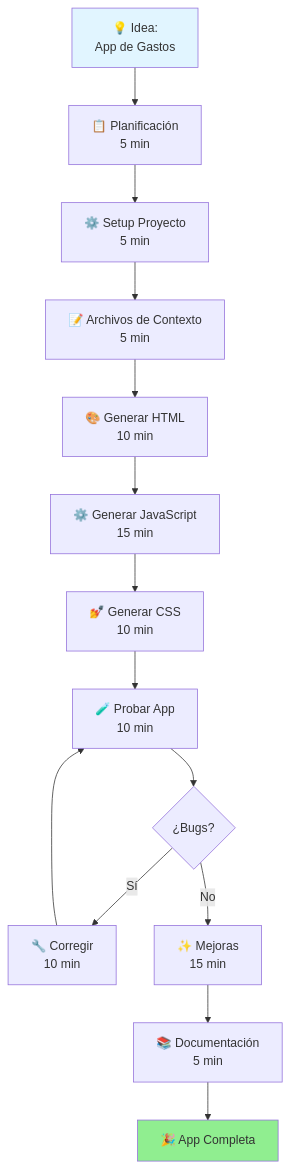
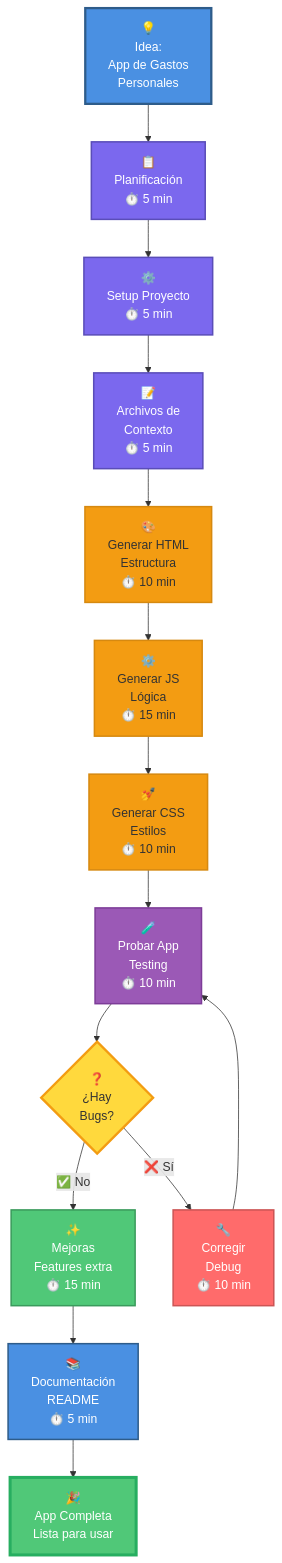
The third of 8 diagrams in courses/🟡-development/FPUNA-2026/00-FUNDAMENTOS-PRINCIPALES/05-proyecto-en-vivo.md (Ai-Whisperers/Courses-Content), drawn with Mermaid before and after one commit. The commit also changed other lines of this file and 30 other files, not shown here.

````diff
--- a/courses/🟡-development/FPUNA-2026/00-FUNDAMENTOS-PRINCIPALES/05-proyecto-en-vivo.md
+++ b/courses/🟡-development/FPUNA-2026/00-FUNDAMENTOS-PRINCIPALES/05-proyecto-en-vivo.md
@@ -127,19 +133,30 @@
 ```mermaid
 flowchart TD
-    Start[💡 Idea:<br/>App de Gastos] --> Plan[📋 Planificación<br/>5 min]
-    Plan --> Setup[⚙️ Setup Proyecto<br/>5 min]
-    Setup --> Context[📝 Archivos de Contexto<br/>5 min]
-    Context --> Gen1[🎨 Generar HTML<br/>10 min]
-    Gen1 --> Gen2[⚙️ Generar JavaScript<br/>15 min]
-    Gen2 --> Gen3[💅 Generar CSS<br/>10 min]
-    Gen3 --> Test[🧪 Probar App<br/>10 min]
-    Test --> Debug{¿Bugs?}
-    Debug -->|Sí| Fix[🔧 Corregir<br/>10 min]
-    Debug -->|No| Improve[✨ Mejoras<br/>15 min]
+    Start["💡<br/>Idea:<br/>App de Gastos<br/>Personales"] --> Plan["📋<br/>Planificación<br/>⏱️ 5 min"]
+    Plan --> Setup["⚙️<br/>Setup Proyecto<br/>⏱️ 5 min"]
+    Setup --> Context["📝<br/>Archivos de<br/>Contexto<br/>⏱️ 5 min"]
+    Context --> Gen1["🎨<br/>Generar HTML<br/>Estructura<br/>⏱️ 10 min"]
+    Gen1 --> Gen2["⚙️<br/>Generar JS<br/>Lógica<br/>⏱️ 15 min"]
+    Gen2 --> Gen3["💅<br/>Generar CSS<br/>Estilos<br/>⏱️ 10 min"]
+    Gen3 --> Test["🧪<br/>Probar App<br/>Testing<br/>⏱️ 10 min"]
+    Test --> Debug{"❓<br/>¿Hay<br/>Bugs?"}
+    Debug -->|"✅ No"| Improve["✨<br/>Mejoras<br/>Features extra<br/>⏱️ 15 min"]
+    Debug -->|"❌ Sí"| Fix["🔧<br/>Corregir<br/>Debug<br/>⏱️ 10 min"]
     Fix --> Test
-    Improve --> Doc[📚 Documentación<br/>5 min]
-    Doc --> Final[🎉 App Completa]
+    Improve --> Doc["📚<br/>Documentación<br/>README<br/>⏱️ 5 min"]
+    Doc --> Final["🎉<br/>App Completa<br/>Lista para usar"]
     
-    style Start fill:#e1f5ff
-    style Final fill:#90EE90
+    style Start fill:#4A90E2,stroke:#2E5C8A,stroke-width:3px,color:#fff
+    style Plan fill:#7B68EE,stroke:#5A4DB8,stroke-width:2px,color:#fff
+    style Setup fill:#7B68EE,stroke:#5A4DB8,stroke-width:2px,color:#fff
+    style Context fill:#7B68EE,stroke:#5A4DB8,stroke-width:2px,color:#fff
+    style Gen1 fill:#F39C12,stroke:#D68910,stroke-width:2px,color:#333
+    style Gen2 fill:#F39C12,stroke:#D68910,stroke-width:2px,color:#333
+    style Gen3 fill:#F39C12,stroke:#D68910,stroke-width:2px,color:#333
+    style Test fill:#9B59B6,stroke:#7D3C98,stroke-width:2px,color:#fff
+    style Debug fill:#FFD93D,stroke:#F39C12,stroke-width:3px,color:#333
+    style Fix fill:#FF6B6B,stroke:#CC5555,stroke-width:2px,color:#fff
+    style Improve fill:#50C878,stroke:#3A9B5C,stroke-width:2px,color:#fff
+    style Doc fill:#4A90E2,stroke:#2E5C8A,stroke-width:2px,color:#fff
+    style Final fill:#50C878,stroke:#27AE60,stroke-width:4px,color:#fff
 ```
````
